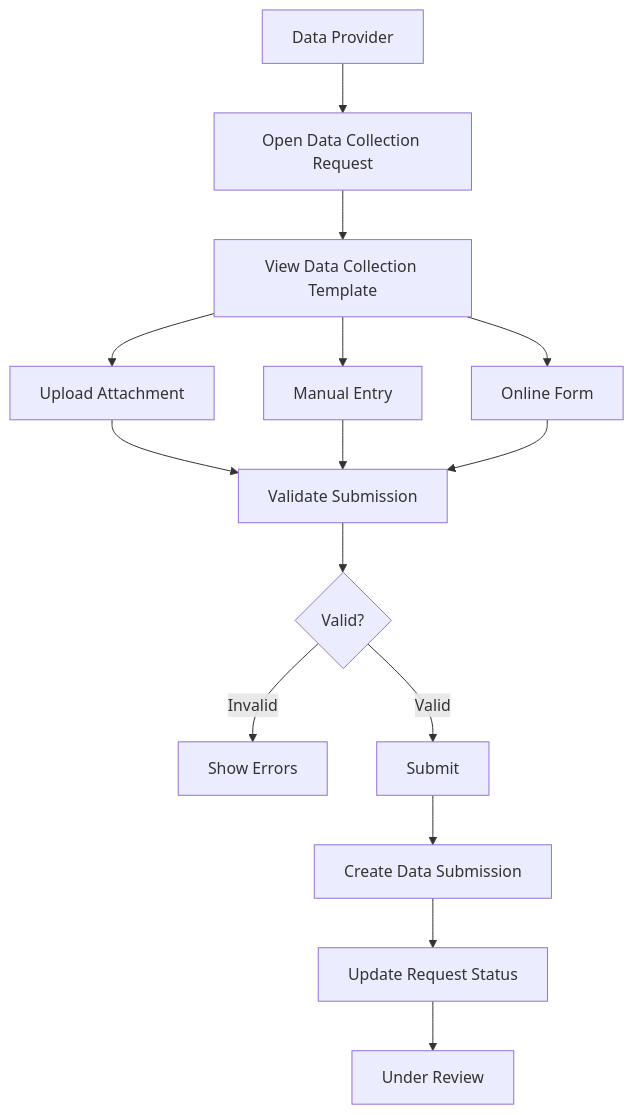
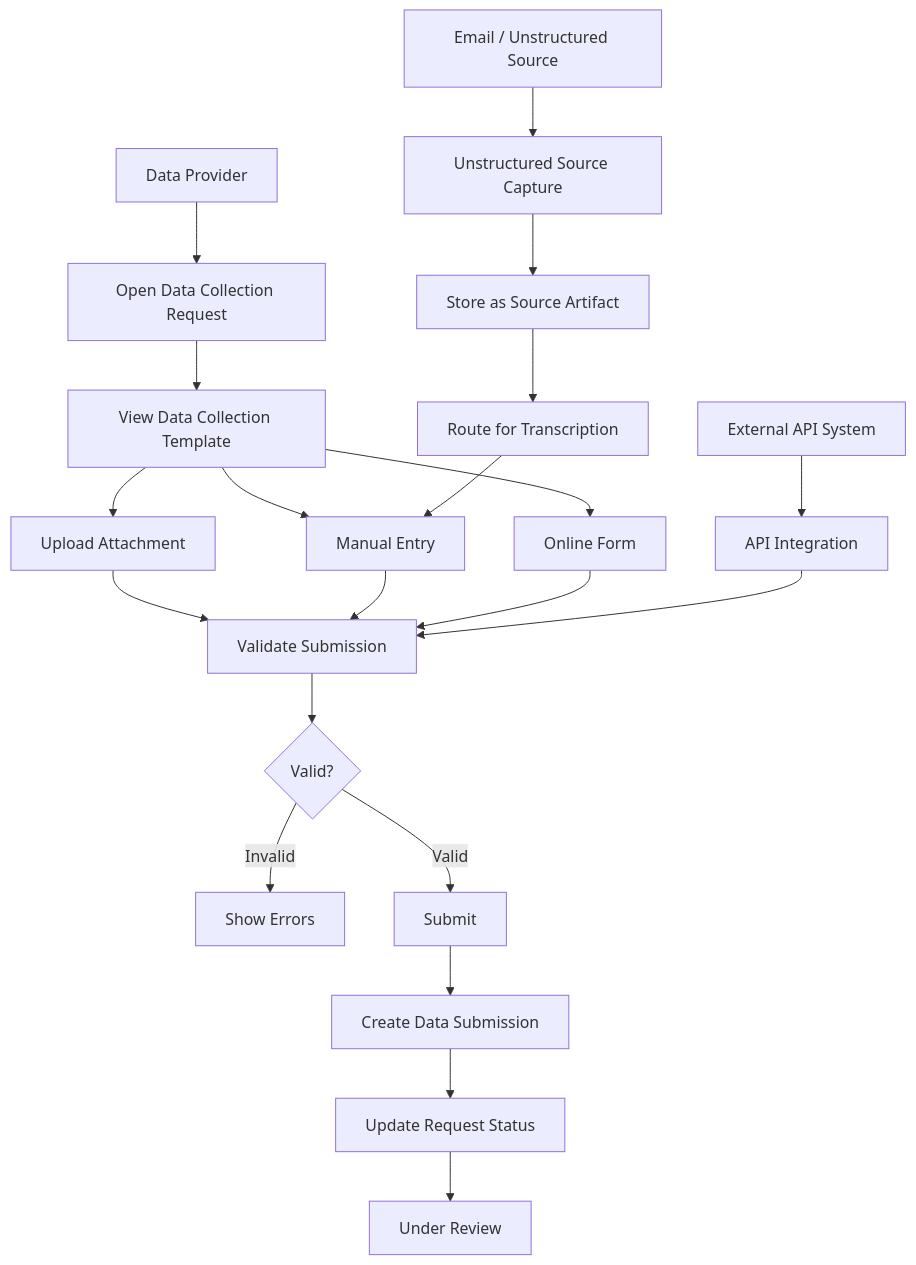
Before and after one commit to anuragprajapatiotsi/FRS-Markdown-file: the fourth of 10 diagrams in Data Collection.md, drawn with Mermaid. The commit also changed other lines of this file, not shown here.

Commit message:
added published fact store

````diff
--- a/Data Collection.md
+++ b/Data Collection.md
@@ -289,17 +301,26 @@
 ```mermaid
 flowchart TD
     A[Data Provider] --> B[Open Data Collection Request]
     B --> C[View Data Collection Template]
     C --> D[Upload Attachment]
     C --> E[Manual Entry]
     C --> F[Online Form]
+    
+    A2[External API System] --> D2[API Integration]
+    A3[Email / Unstructured Source] --> D3[Unstructured Source Capture]
+    
     D --> G[Validate Submission]
     E --> G
     F --> G
+    D2 --> G
+    
+    D3 --> D3_a[Store as Source Artifact]
+    D3_a --> D3_b[Route for Transcription]
+    D3_b --> E
     G --> H{Valid?}
     H -->|Invalid| I[Show Errors]
     H -->|Valid| J[Submit]
     J --> K[Create Data Submission]
     K --> L[Update Request Status]
     L --> M[Under Review]
 ```
````
